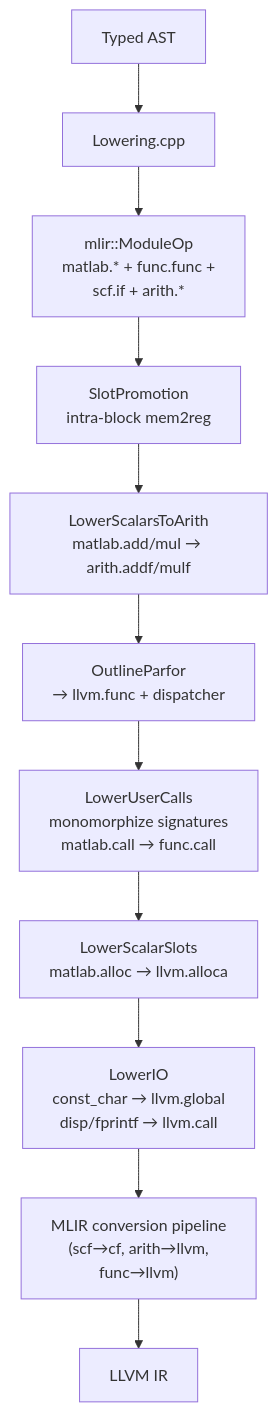
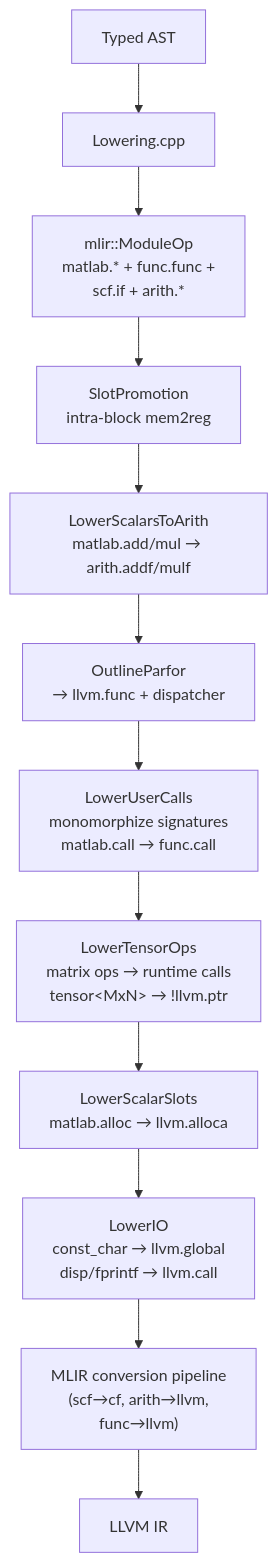
The fourth of 4 diagrams in README.md (leonardoaraujosantos/matlab_llvm), drawn with Mermaid before and after one commit. The commit also changed other lines of this file and 37 other files, not shown here.

````diff
--- a/README.md
+++ b/README.md
@@ -344,13 +365,14 @@
 ```mermaid
 flowchart TD
   AST[Typed AST] --> LowerMLIR[Lowering.cpp]
   LowerMLIR --> Mod["mlir::ModuleOp<br/>matlab.* + func.func +<br/>scf.if + arith.*"]
   Mod --> SlotProm[SlotPromotion<br/>intra-block mem2reg]
   SlotProm --> ToArith[LowerScalarsToArith<br/>matlab.add/mul → arith.addf/mulf]
   ToArith --> OutlinePF[OutlineParfor<br/>→ llvm.func + dispatcher]
   OutlinePF --> UserCalls[LowerUserCalls<br/>monomorphize signatures<br/>matlab.call → func.call]
-  UserCalls --> ScalarSlots[LowerScalarSlots<br/>matlab.alloc → llvm.alloca]
+  UserCalls --> TensorOps[LowerTensorOps<br/>matrix ops → runtime calls<br/>tensor&lt;MxN&gt; → !llvm.ptr]
+  TensorOps --> ScalarSlots[LowerScalarSlots<br/>matlab.alloc → llvm.alloca]
   ScalarSlots --> IO[LowerIO<br/>const_char → llvm.global<br/>disp/fprintf → llvm.call]
   IO --> ConvertPipeline["MLIR conversion pipeline<br/>(scf→cf, arith→llvm,<br/>func→llvm)"]
   ConvertPipeline --> LLVMIR[LLVM IR]
 ```
````
